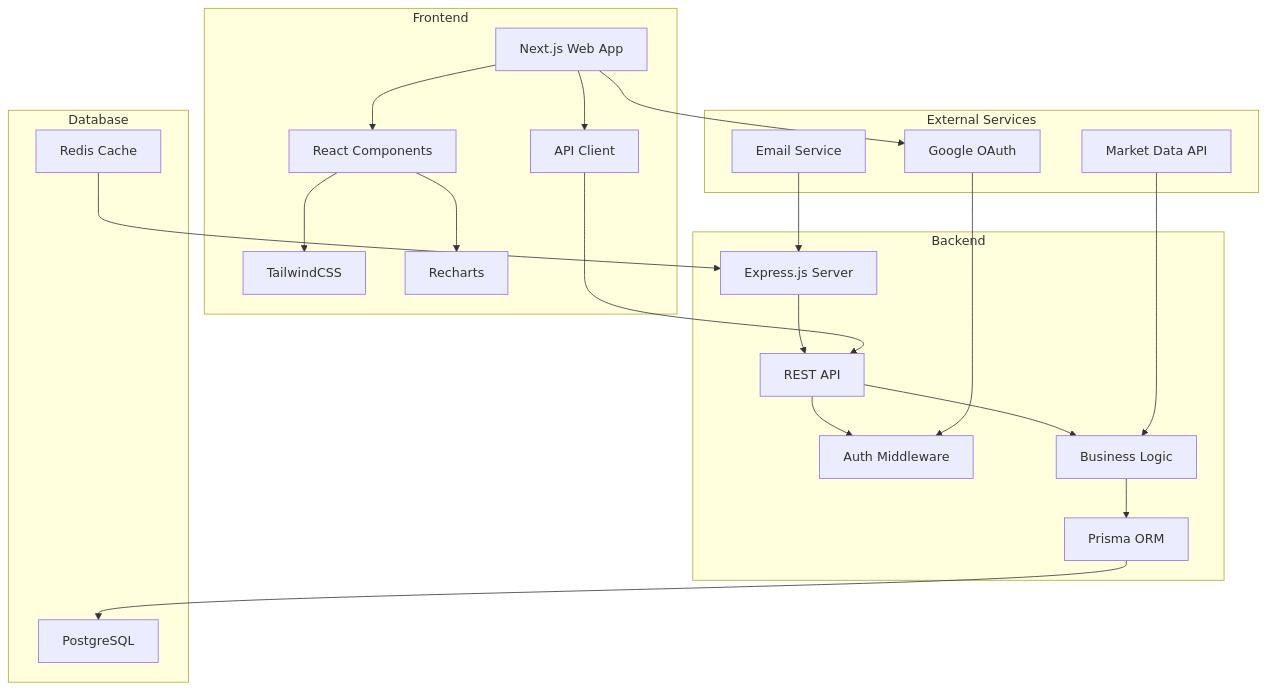
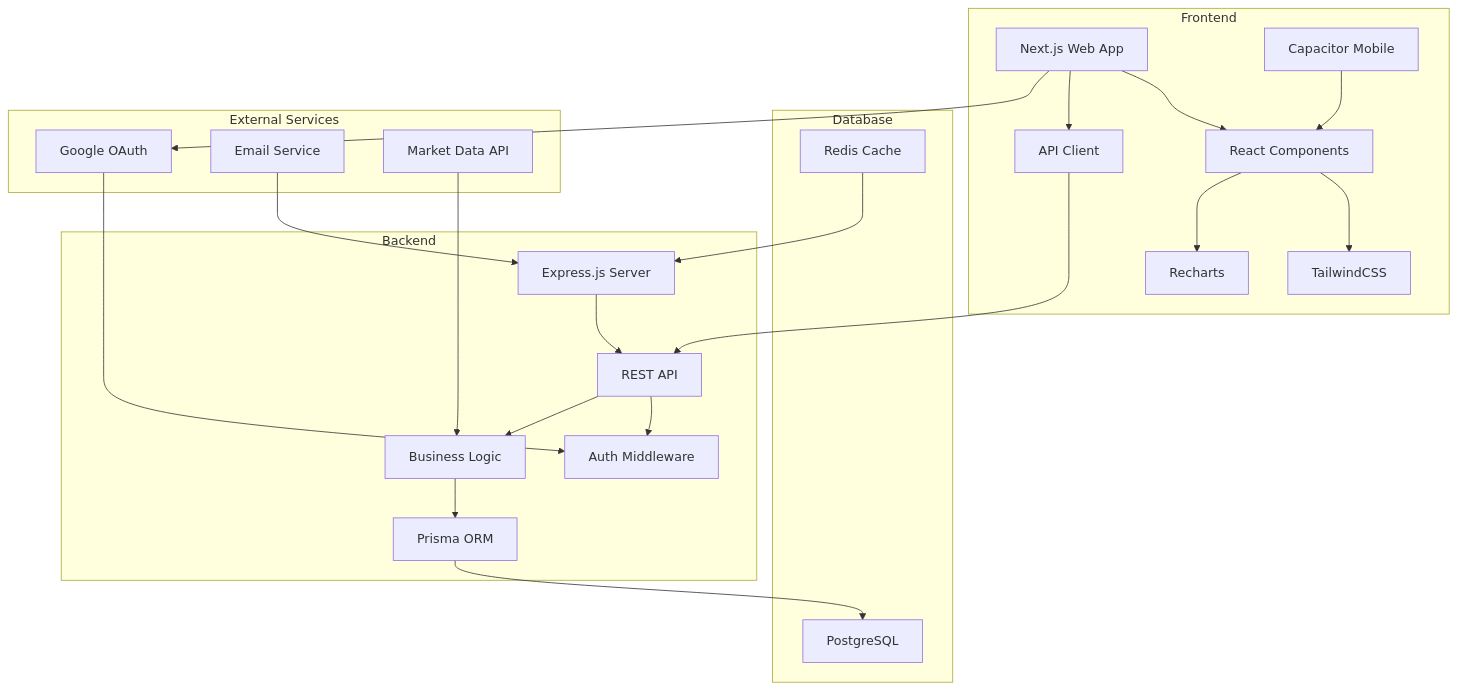
One commit to AnthonyBechay/wealthlogs changed the diagram in README.md. Above: the diagram before and after it, drawn with Mermaid. The commit also changed other lines of this file and 6 other files, not shown here.

````diff
--- a/README.md
+++ b/README.md
@@ -73,30 +74,31 @@
 ```mermaid
 graph TB
     subgraph "Frontend"
         A[Next.js Web App] --> B[React Components]
         B --> C[TailwindCSS]
         B --> D[Recharts]
         A --> E[API Client]
+        F[Capacitor Mobile] --> B
     end
     
     subgraph "Backend"
-        F[Express.js Server] --> G[REST API]
-        G --> H[Auth Middleware]
-        G --> I[Business Logic]
-        I --> J[Prisma ORM]
+        G[Express.js Server] --> H[REST API]
+        H --> I[Auth Middleware]
+        H --> J[Business Logic]
+        J --> K[Prisma ORM]
     end
     
     subgraph "Database"
-        J --> K[PostgreSQL]
-        L[Redis Cache] --> F
+        K --> L[PostgreSQL]
+        M[Redis Cache] --> G
     end
     
     subgraph "External Services"
-        M[Google OAuth] --> H
-        N[Email Service] --> F
-        O[Market Data API] --> I
+        N[Google OAuth] --> I
+        O[Email Service] --> G
+        P[Market Data API] --> J
     end
     
-    E --> G
-    A --> M
+    E --> H
+    A --> N
 ```
````
